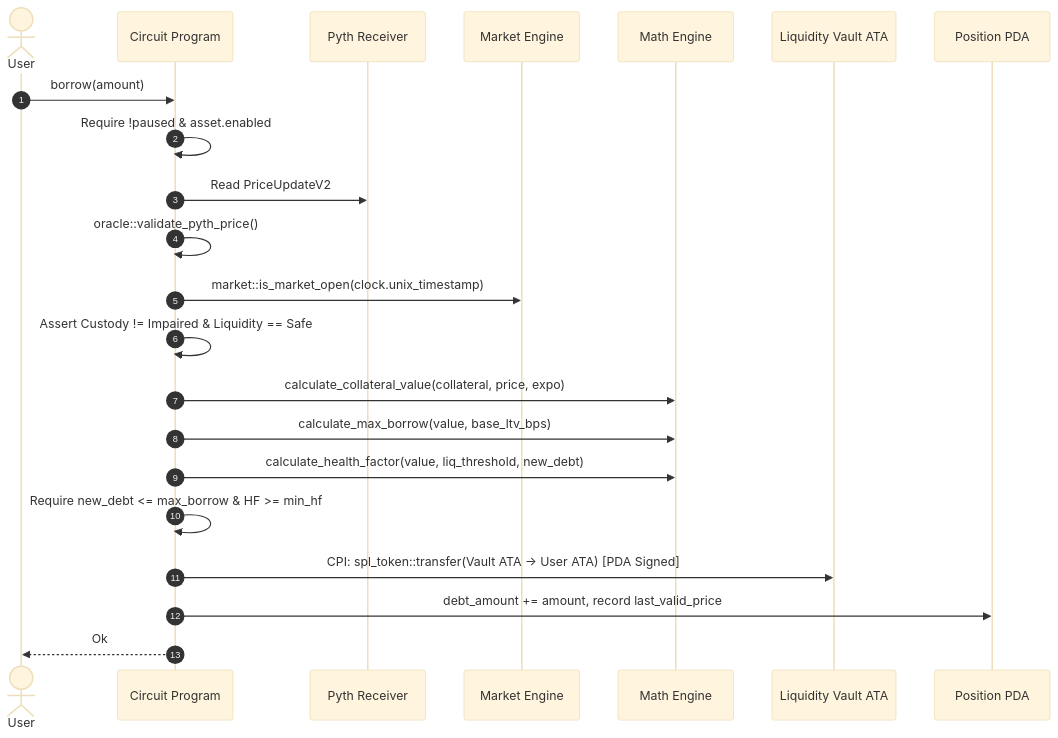
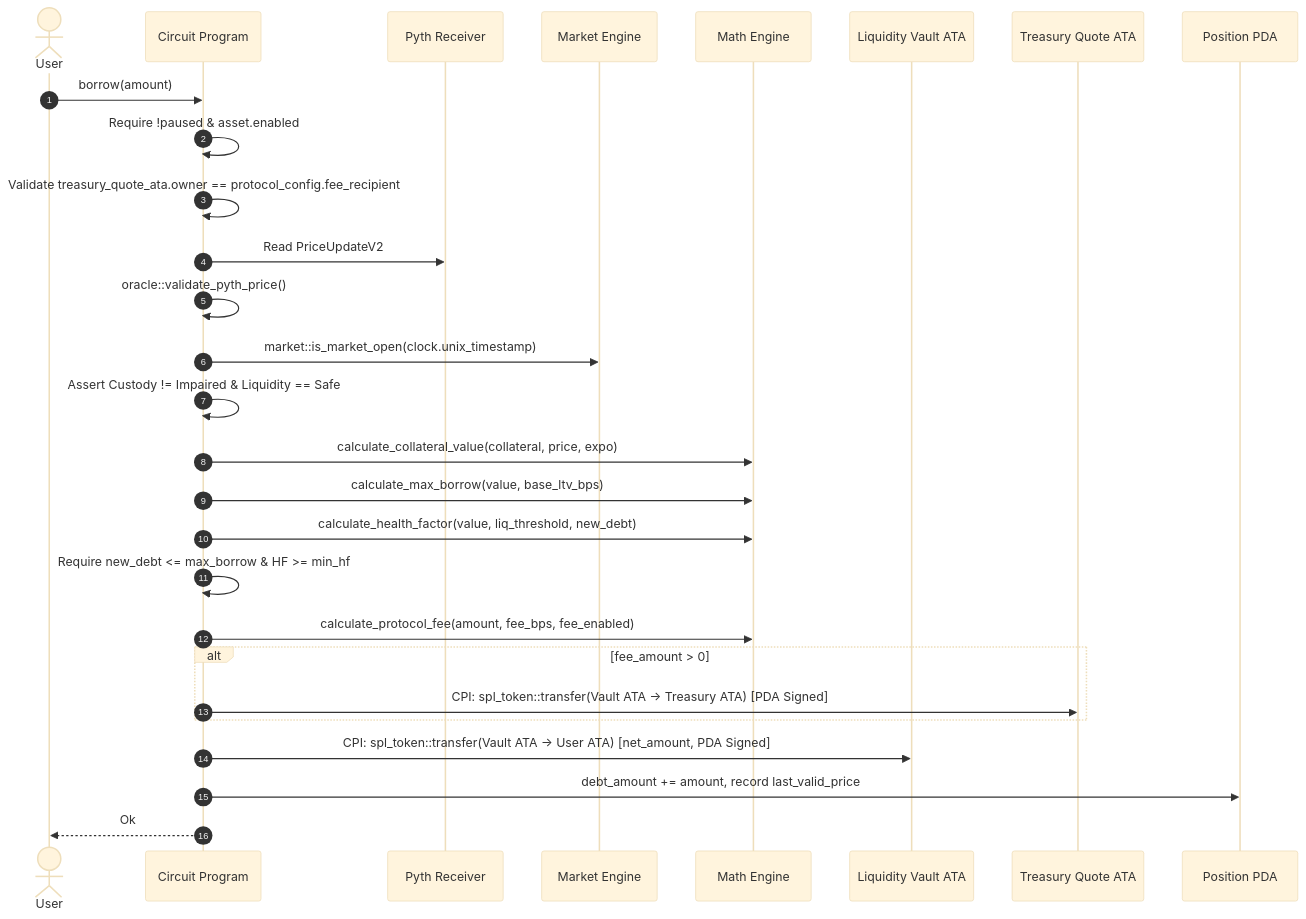
One commit to Patel5600/Circuit changed the third of 9 diagrams in docs/ARCHITECTURE.md. Above: the diagram before and after it, drawn with Mermaid (base theme). The commit also changed other lines of this file and 30 other files, not shown here.

````diff
--- a/docs/ARCHITECTURE.md
+++ b/docs/ARCHITECTURE.md
@@ -234,25 +237,31 @@
 ```mermaid
 sequenceDiagram
     autonumber
     actor User
     participant Circuit as Circuit Program
     participant Pyth as Pyth Receiver
     participant Market as Market Engine
     participant Math as Math Engine
     participant Vault as Liquidity Vault ATA
+    participant Treasury as Treasury Quote ATA
     participant Pos as Position PDA
 
     User->>Circuit: borrow(amount)
     Circuit->>Circuit: Require !paused & asset.enabled
+    Circuit->>Circuit: Validate treasury_quote_ata.owner == protocol_config.fee_recipient
     Circuit->>Pyth: Read PriceUpdateV2
     Circuit->>Circuit: oracle::validate_pyth_price()
     Circuit->>Market: market::is_market_open(clock.unix_timestamp)
     Circuit->>Circuit: Assert Custody != Impaired & Liquidity == Safe
     Circuit->>Math: calculate_collateral_value(collateral, price, expo)
     Circuit->>Math: calculate_max_borrow(value, base_ltv_bps)
     Circuit->>Math: calculate_health_factor(value, liq_threshold, new_debt)
     Circuit->>Circuit: Require new_debt <= max_borrow & HF >= min_hf
-    Circuit->>Vault: CPI: spl_token::transfer(Vault ATA -> User ATA) [PDA Signed]
+    Circuit->>Math: calculate_protocol_fee(amount, fee_bps, fee_enabled)
+    alt fee_amount > 0
+        Circuit->>Treasury: CPI: spl_token::transfer(Vault ATA -> Treasury ATA) [PDA Signed]
+    end
+    Circuit->>Vault: CPI: spl_token::transfer(Vault ATA -> User ATA) [net_amount, PDA Signed]
     Circuit->>Pos: debt_amount += amount, record last_valid_price
     Circuit-->>User: Ok
 ```
````
